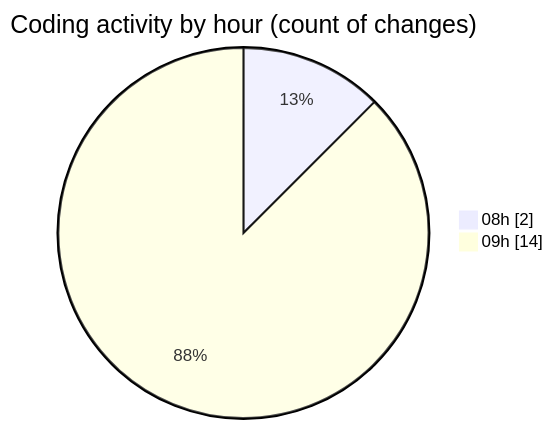
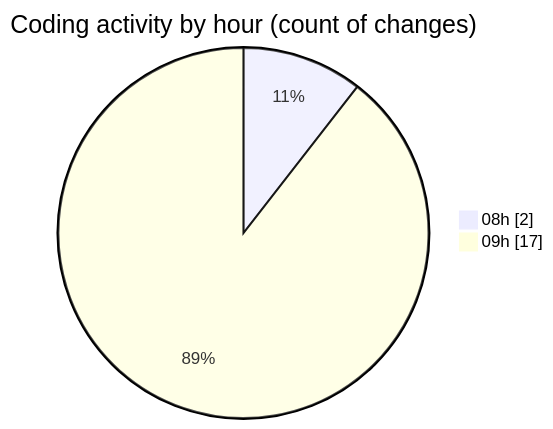
One commit to Elitesun/code-tracking changed the second of 2 diagrams in 2025-05-20/niten/README.md. Above: the diagram before and after it, drawn with Mermaid. The commit also changed other lines of this file and 1 other file, not shown here.

````diff
--- a/2025-05-20/niten/README.md
+++ b/2025-05-20/niten/README.md
@@ -36,6 +37,6 @@
 ```mermaid
 pie showData
 title Coding activity by hour (count of changes)
 "08h" : 2
-"09h" : 14
+"09h" : 17
 ```
````
